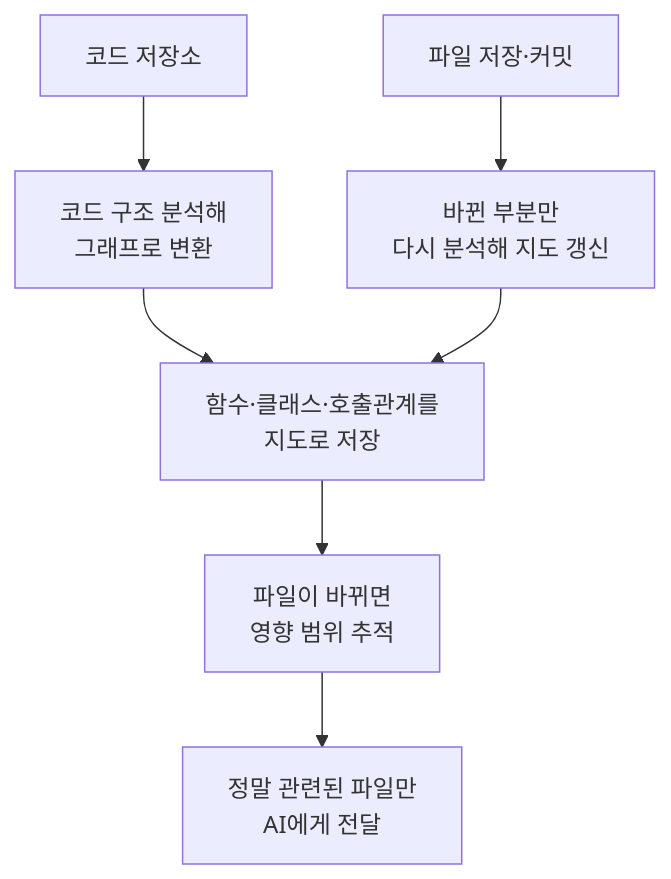
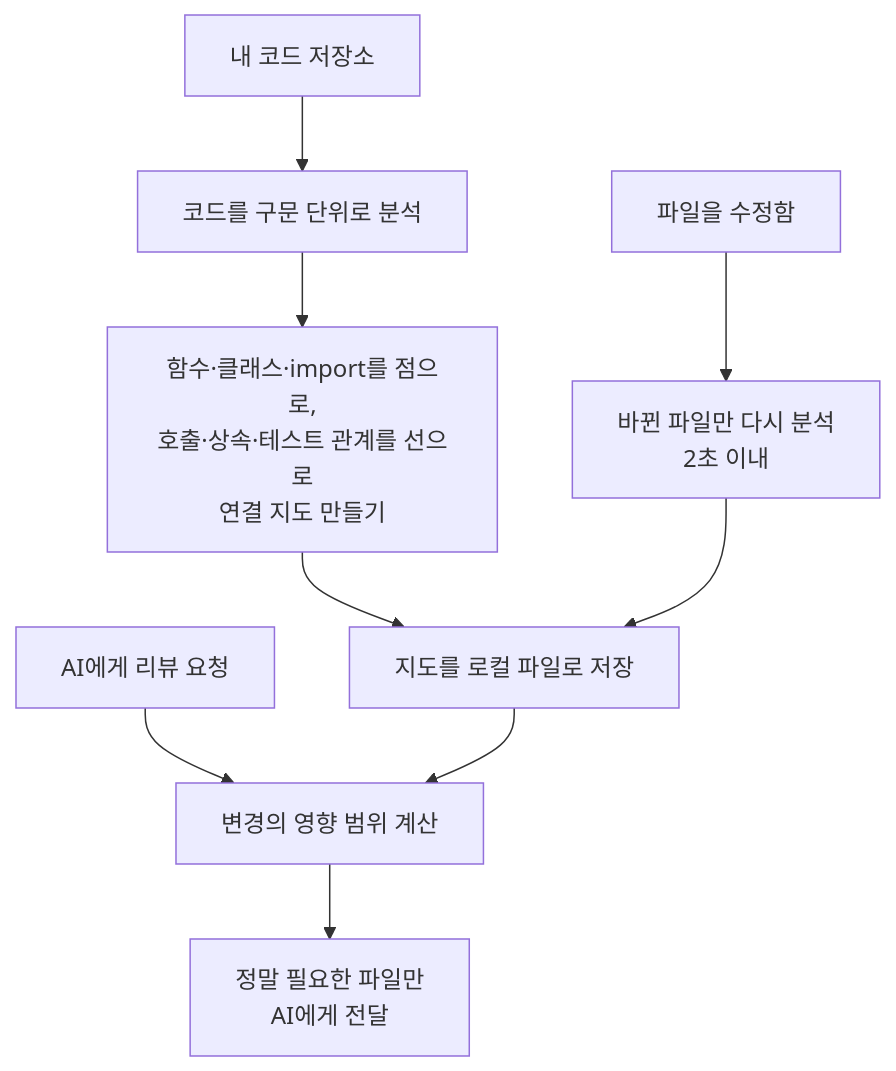
One commit to altjs4510/ai_news_blog changed the diagram in content/knowledge/20260721.md. Above: the diagram before and after it, drawn with Mermaid. The commit also changed other lines of this file, not shown here.

````diff
--- a/content/knowledge/20260721.md
+++ b/content/knowledge/20260721.md
@@ -43,9 +43,11 @@
 ```mermaid
 flowchart TD
-    A[코드 저장소] --> B[코드 구조 분석해<br/>그래프로 변환]
-    B --> C[함수·클래스·호출관계를<br/>지도로 저장]
-    C --> D[파일이 바뀌면<br/>영향 범위 추적]
-    D --> E[정말 관련된 파일만<br/>AI에게 전달]
-    F[파일 저장·커밋] --> G[바뀐 부분만<br/>다시 분석해 지도 갱신]
-    G --> C
+    A[내 코드 저장소] --> B[코드를 구문 단위로 분석]
+    B --> C[함수·클래스·import를 점으로,<br/>호출·상속·테스트 관계를 선으로<br/>연결 지도 만들기]
+    C --> D[지도를 로컬 파일로 저장]
+    E[파일을 수정함] --> F[바뀐 파일만 다시 분석<br/>2초 이내]
+    F --> D
+    G[AI에게 리뷰 요청] --> H[변경의 영향 범위 계산]
+    D --> H
+    H --> I[정말 필요한 파일만<br/>AI에게 전달]
 ```
````
